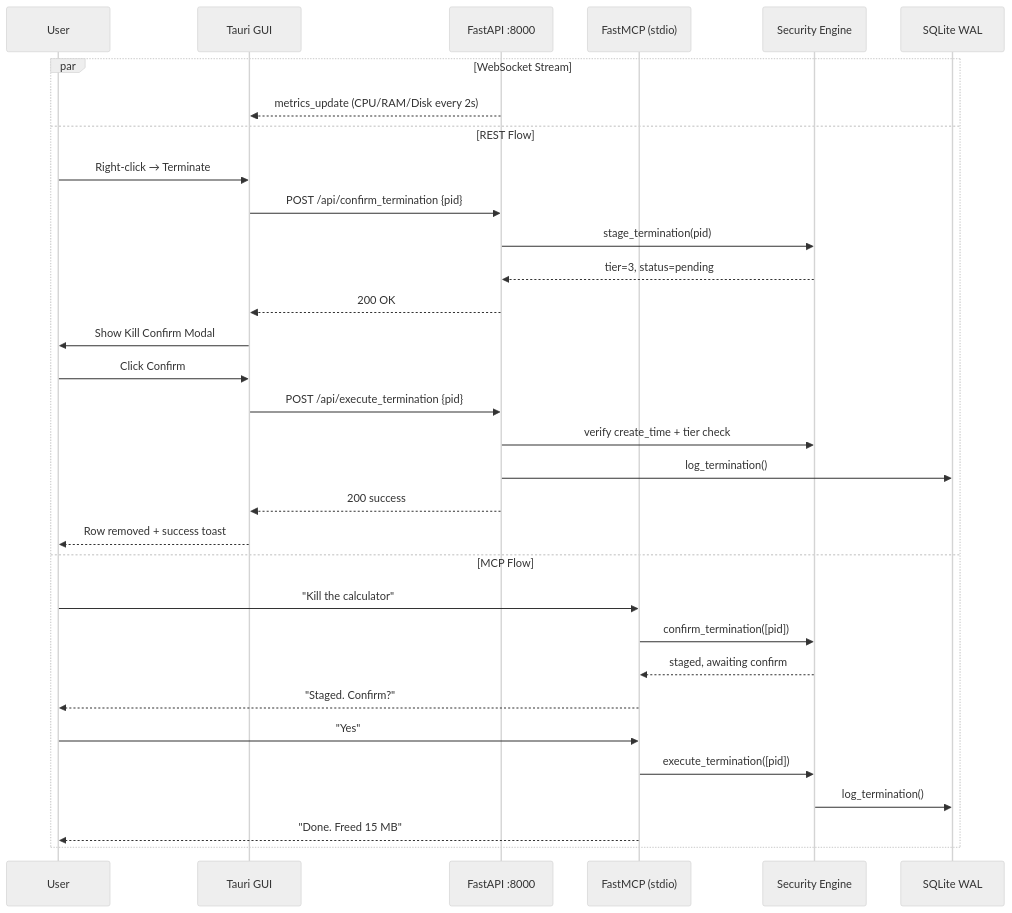
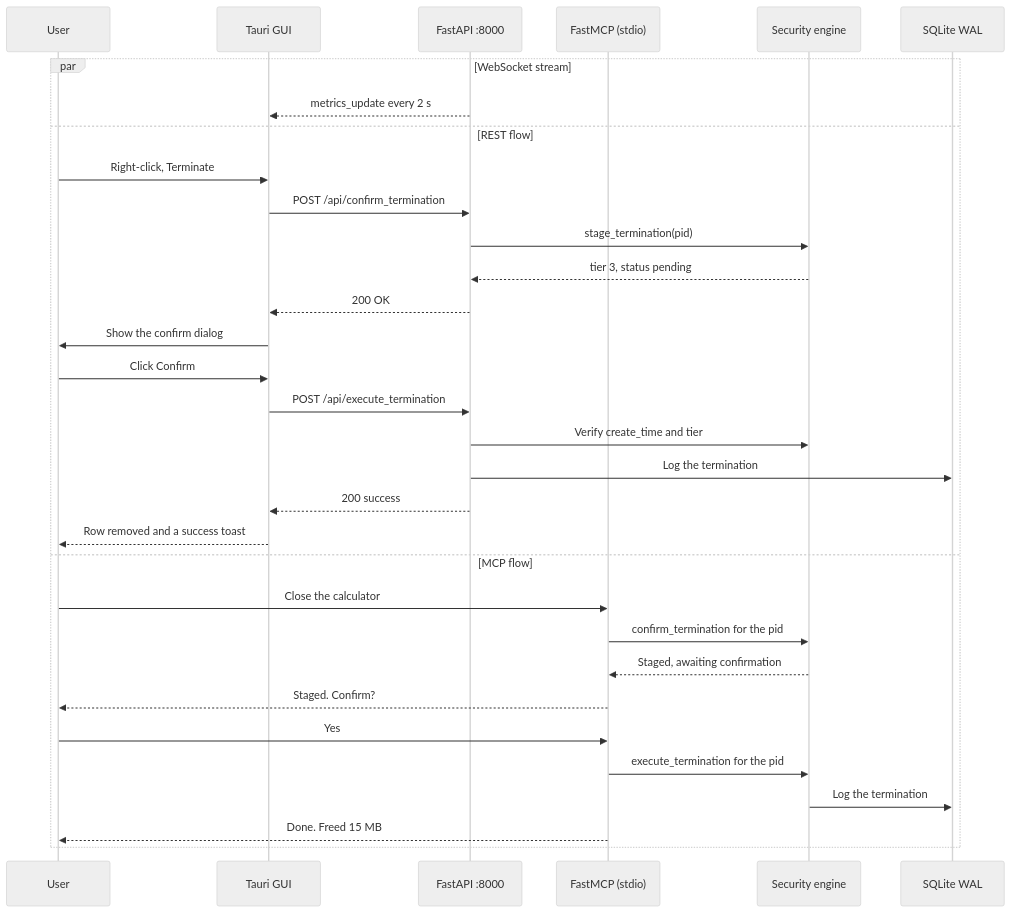
One commit to Rahul-8283/KavanMCP changed the seventh of 27 diagrams in README.md. Above: the diagram before and after it, drawn with Mermaid (neutral theme). The commit also changed other lines of this file, not shown here.

````diff
--- a/README.md
+++ b/README.md
@@ -120,35 +374,35 @@
 ```mermaid
 sequenceDiagram
     participant U as User
     participant G as Tauri GUI
     participant A as FastAPI :8000
     participant M as FastMCP (stdio)
-    participant S as Security Engine
+    participant S as Security engine
     participant DB as SQLite WAL
 
-    par WebSocket Stream
-        A-->>G: metrics_update (CPU/RAM/Disk every 2s)
-    and REST Flow
-        U->>G: Right-click → Terminate
-        G->>A: POST /api/confirm_termination {pid}
+    par WebSocket stream
+        A-->>G: metrics_update every 2 s
+    and REST flow
+        U->>G: Right-click, Terminate
+        G->>A: POST /api/confirm_termination
         A->>S: stage_termination(pid)
-        S-->>A: tier=3, status=pending
+        S-->>A: tier 3, status pending
         A-->>G: 200 OK
-        G->>U: Show Kill Confirm Modal
+        G->>U: Show the confirm dialog
         U->>G: Click Confirm
-        G->>A: POST /api/execute_termination {pid}
-        A->>S: verify create_time + tier check
-        A->>DB: log_termination()
+        G->>A: POST /api/execute_termination
+        A->>S: Verify create_time and tier
+        A->>DB: Log the termination
         A-->>G: 200 success
-        G-->>U: Row removed + success toast
-    and MCP Flow
-        U->>M: "Kill the calculator"
-        M->>S: confirm_termination([pid])
-        S-->>M: staged, awaiting confirm
-        M-->>U: "Staged. Confirm?"
-        U->>M: "Yes"
-        M->>S: execute_termination([pid])
-        S->>DB: log_termination()
-        M-->>U: "Done. Freed 15 MB"
+        G-->>U: Row removed and a success toast
+    and MCP flow
+        U->>M: Close the calculator
+        M->>S: confirm_termination for the pid
+        S-->>M: Staged, awaiting confirmation
+        M-->>U: Staged. Confirm?
+        U->>M: Yes
+        M->>S: execute_termination for the pid
+        S->>DB: Log the termination
+        M-->>U: Done. Freed 15 MB
     end
 ```
````
